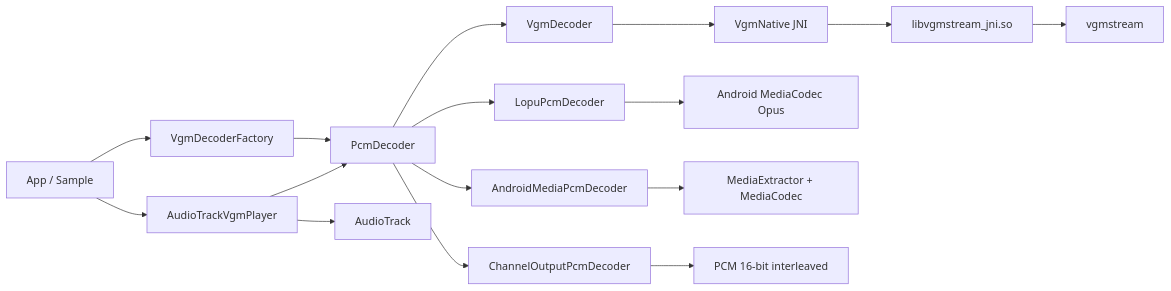
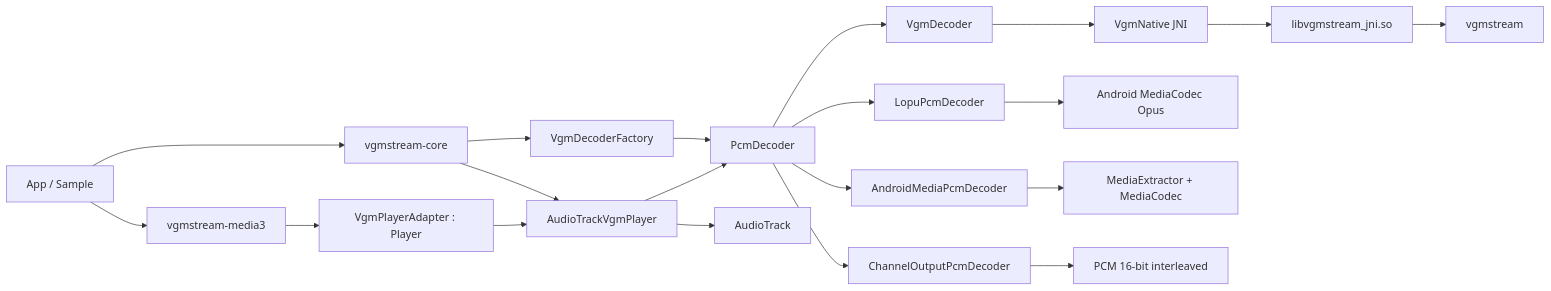
Before and after one commit to AyraHikari/vgmstream-android: the diagram in README.md, drawn with Mermaid. The commit also changed other lines of this file and 27 other files, not shown here.

Commit message:
Major changes: separated core/media3

````diff
--- a/README.md
+++ b/README.md
@@ -20,18 +21,22 @@
 ```mermaid
 flowchart LR
-  A["App / Sample"] --> B["AudioTrackVgmPlayer"]
-  A --> C["VgmDecoderFactory"]
-  B --> D["PcmDecoder"]
-  C --> D
-  D --> E["VgmDecoder"]
-  D --> F["LopuPcmDecoder"]
-  D --> G["AndroidMediaPcmDecoder"]
-  E --> H["VgmNative JNI"]
-  H --> I["libvgmstream_jni.so"]
-  I --> J["vgmstream"]
-  F --> K["Android MediaCodec Opus"]
-  G --> L["MediaExtractor + MediaCodec"]
-  D --> M["ChannelOutputPcmDecoder"]
-  M --> N["PCM 16-bit interleaved"]
-  B --> O["AudioTrack"]
+  A["App / Sample"] --> B["vgmstream-core"]
+  A --> C["vgmstream-media3"]
+  C --> D["VgmPlayerAdapter : Player"]
+  D --> E["AudioTrackVgmPlayer"]
+  B --> E
+  B --> F["VgmDecoderFactory"]
+  E --> G["PcmDecoder"]
+  F --> G
+  G --> H["VgmDecoder"]
+  G --> I["LopuPcmDecoder"]
+  G --> J["AndroidMediaPcmDecoder"]
+  H --> K["VgmNative JNI"]
+  K --> L["libvgmstream_jni.so"]
+  L --> M["vgmstream"]
+  I --> N["Android MediaCodec Opus"]
+  J --> O["MediaExtractor + MediaCodec"]
+  G --> P["ChannelOutputPcmDecoder"]
+  P --> Q["PCM 16-bit interleaved"]
+  E --> R["AudioTrack"]
 ```
````
